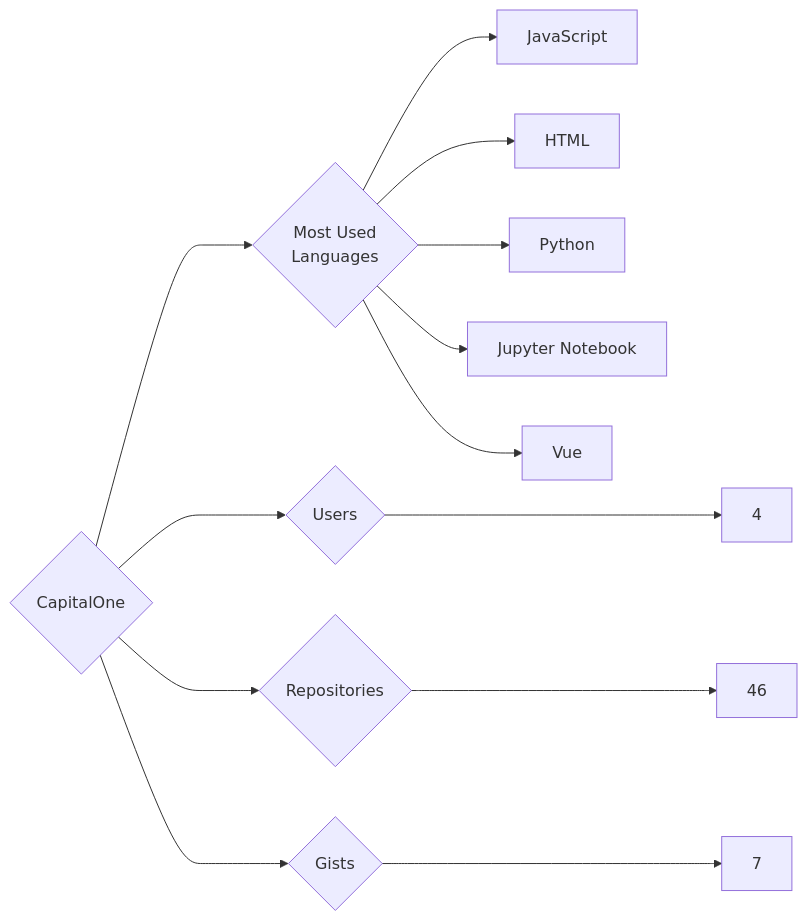
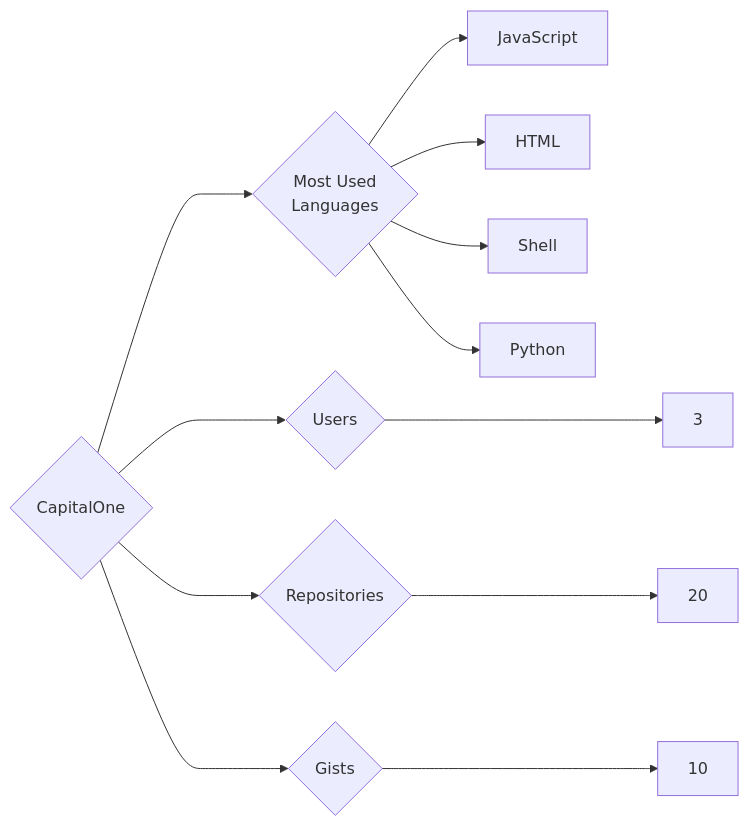
One commit to trickest/insiders changed the diagram in targets/CapitalOne/README.md. Above: the diagram before and after it, drawn with Mermaid. The commit also changed 993 other files, not shown here.

````diff
--- a/targets/CapitalOne/README.md
+++ b/targets/CapitalOne/README.md
@@ -3,13 +3,12 @@
 ```mermaid
 graph LR
 COMPANY_NAME{CapitalOne}
-COMPANY_NAME ---> U{Users} ---> UN[4]
-COMPANY_NAME ---> R{Repositories} ---> RN[46]
-COMPANY_NAME ---> G{Gists} ---> GN[7]
+COMPANY_NAME ---> U{Users} ---> UN[3]
+COMPANY_NAME ---> R{Repositories} ---> RN[20]
+COMPANY_NAME ---> G{Gists} ---> GN[10]
 COMPANY_NAME ---> ML{Most Used<br>Languages}
 ML --> JavaScript[JavaScript]
 ML --> HTML[HTML]
+ML --> Shell[Shell]
 ML --> Python[Python]
-ML --> Jupyter_Notebook[Jupyter Notebook]
-ML --> Vue[Vue]
 ```
````
